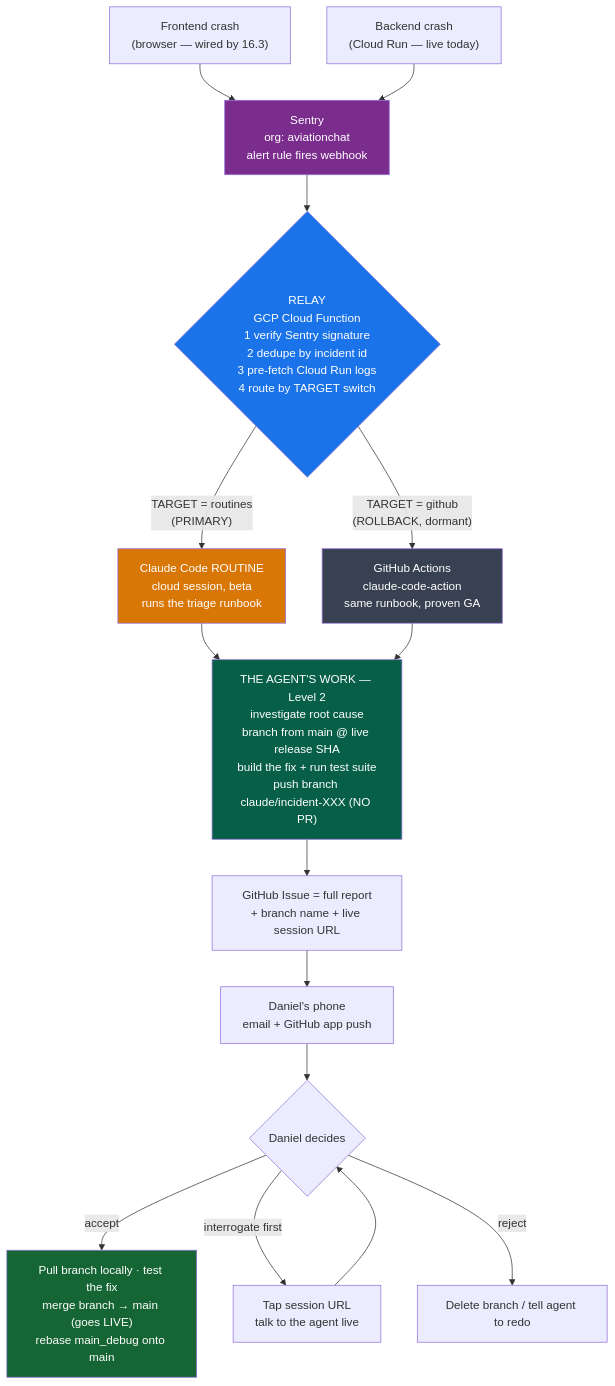
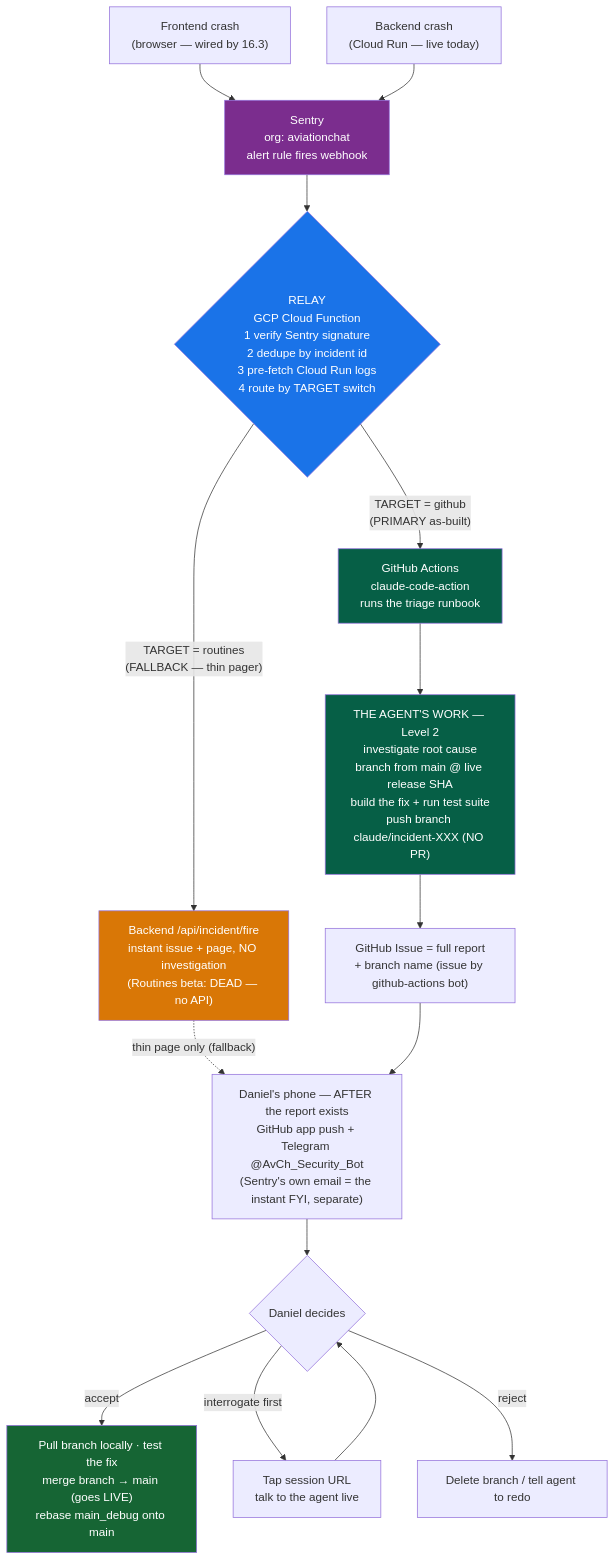
Before and after one commit to sudomadhatter/Sudo_Hatter_Command: the first of 4 diagrams in _my_resources/diagrams_guides/security/sentry_error_response_team.md, drawn with Mermaid. The commit also changed other lines of this file, not shown here.

Commit message:
docs: add visual overview and quick reference for Sentry error-response system

````diff
--- a/_my_resources/diagrams_guides/security/sentry_error_response_team.md
+++ b/_my_resources/diagrams_guides/security/sentry_error_response_team.md
@@ -18,30 +41,30 @@
 ```mermaid
 flowchart TD
     FE["Frontend crash<br/>(browser — wired by 16.3)"] --> SENTRY
     BE["Backend crash<br/>(Cloud Run — live today)"] --> SENTRY
     SENTRY["Sentry<br/>org: aviationchat<br/>alert rule fires webhook"] --> RELAY
 
     RELAY{"RELAY<br/>GCP Cloud Function<br/>1 verify Sentry signature<br/>2 dedupe by incident id<br/>3 pre-fetch Cloud Run logs<br/>4 route by TARGET switch"}
 
-    RELAY -- "TARGET = routines<br/>(PRIMARY)" --> ROUTINE["Claude Code ROUTINE<br/>cloud session, beta<br/>runs the triage runbook"]
-    RELAY -- "TARGET = github<br/>(ROLLBACK, dormant)" --> GHA["GitHub Actions<br/>claude-code-action<br/>same runbook, proven GA"]
+    RELAY -- "TARGET = github<br/>(PRIMARY as-built)" --> GHA["GitHub Actions<br/>claude-code-action<br/>runs the triage runbook"]
+    RELAY -- "TARGET = routines<br/>(FALLBACK — thin pager)" --> FIRE["Backend /api/incident/fire<br/>instant issue + page, NO investigation<br/>(Routines beta: DEAD — no API)"]
 
-    ROUTINE --> WORK
     GHA --> WORK
+    FIRE -. "thin page only (fallback)" .-> PHONE
 
     WORK["THE AGENT'S WORK — Level 2<br/>investigate root cause<br/>branch from main @ live release SHA<br/>build the fix + run test suite<br/>push branch claude/incident-XXX (NO PR)"]
 
-    WORK --> ISSUE["GitHub Issue = full report<br/>+ branch name + live session URL"]
-    ISSUE --> PHONE["Daniel's phone<br/>email + GitHub app push"]
+    WORK --> ISSUE["GitHub Issue = full report<br/>+ branch name (issue by github-actions bot)"]
+    ISSUE --> PHONE["Daniel's phone — AFTER the report exists<br/>GitHub app push + Telegram @AvCh_Security_Bot<br/>(Sentry's own email = the instant FYI, separate)"]
     PHONE --> DECIDE{"Daniel decides"}
     DECIDE -- "accept" --> LOCAL["Pull branch locally · test the fix<br/>merge branch → main (goes LIVE)<br/>rebase main_debug onto main"]
     DECIDE -- "interrogate first" --> CHAT["Tap session URL<br/>talk to the agent live"] --> DECIDE
     DECIDE -- "reject" --> CLOSE["Delete branch / tell agent to redo"]
 
     style SENTRY fill:#7b2d8e,color:#fff
     style RELAY fill:#1a73e8,color:#fff
-    style ROUTINE fill:#d97706,color:#fff
-    style GHA fill:#374151,color:#fff
+    style FIRE fill:#d97706,color:#fff
+    style GHA fill:#065f46,color:#fff
     style WORK fill:#065f46,color:#fff
     style LOCAL fill:#166534,color:#fff
 ```
````
